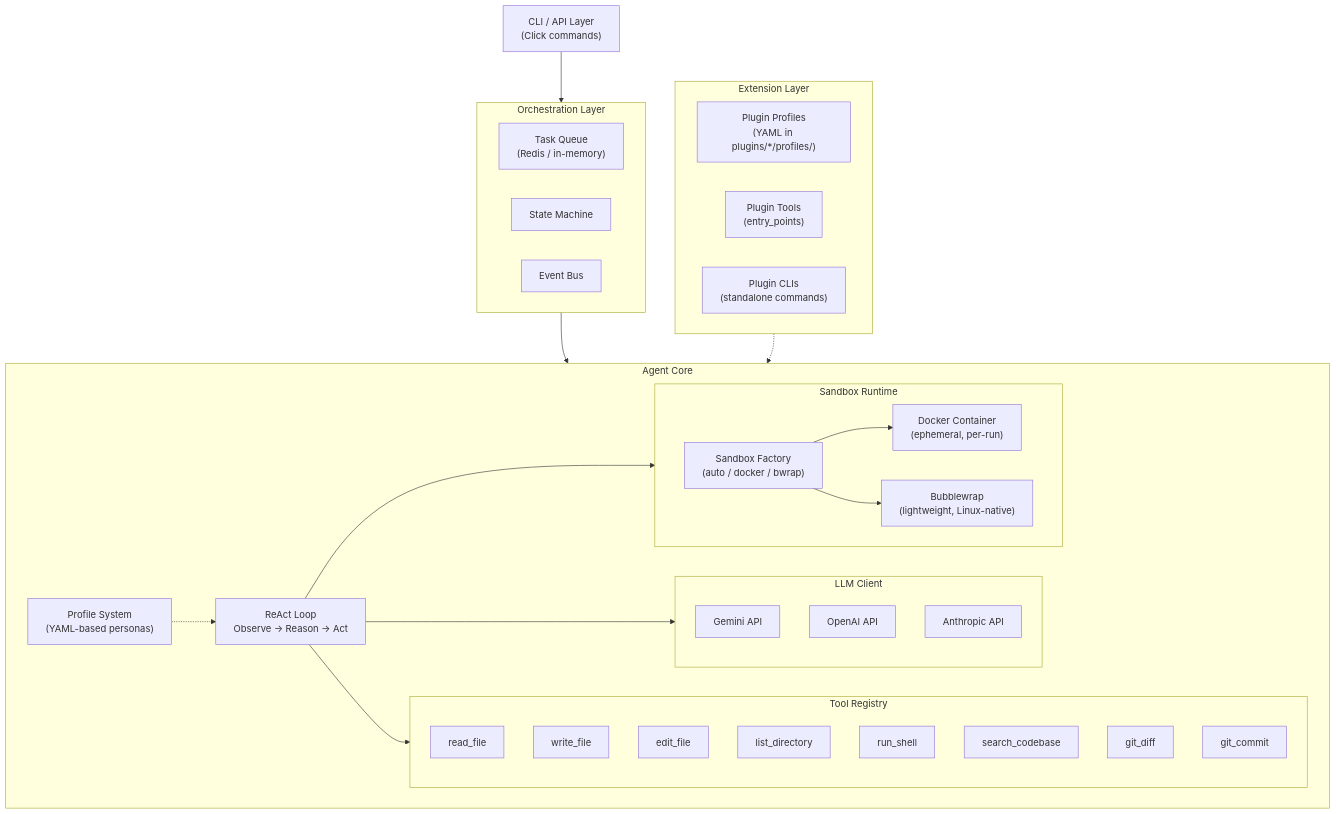
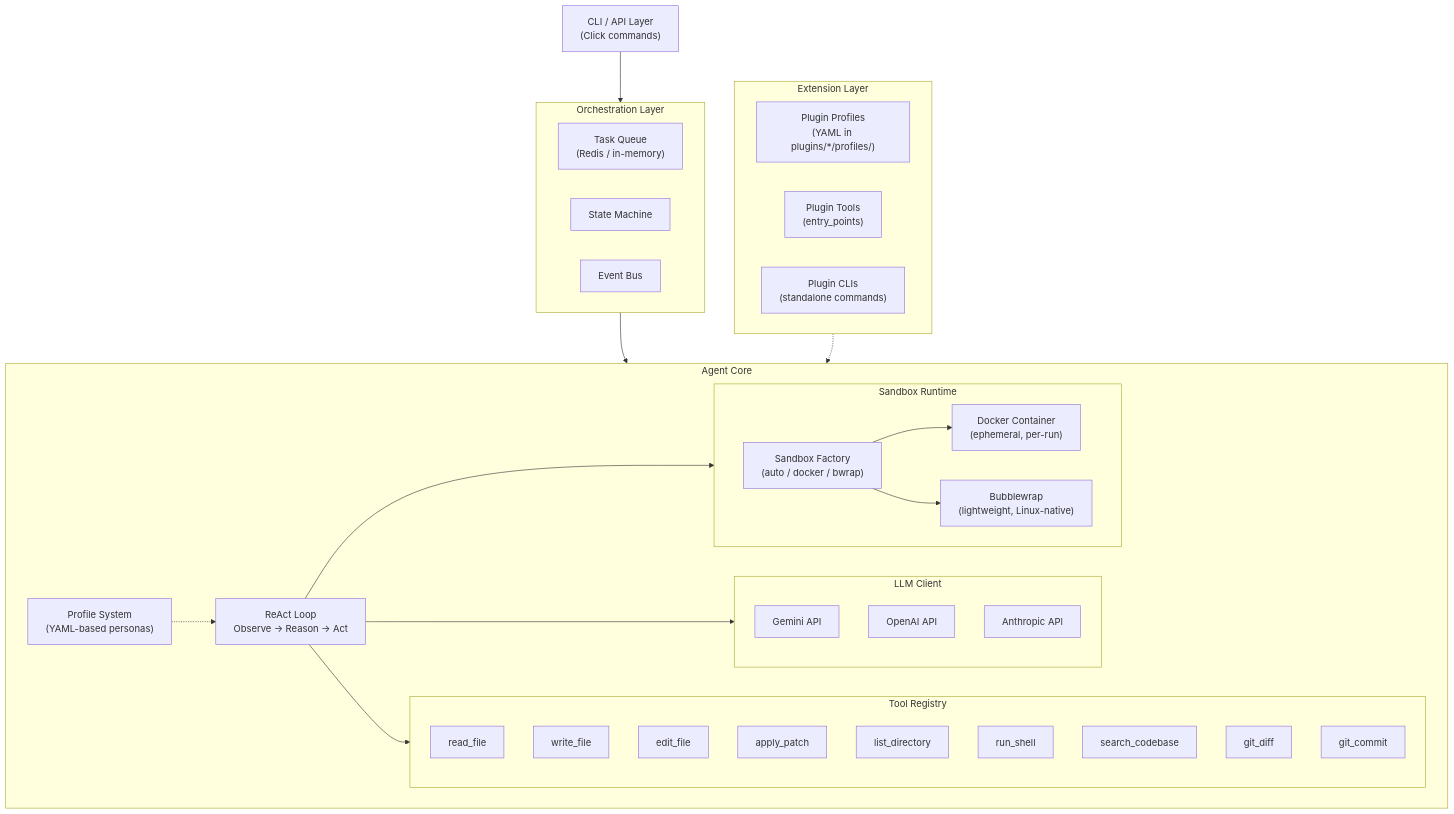
Before and after one commit to akoita/agent-forge: the second of 4 diagrams in docs/architecture.md, drawn with Mermaid. The commit also changed other lines of this file and 12 other files, not shown here.

First line of the commit message:
feat(#136): add atomic apply_patch tool with preconditions and rollback (#169)

````diff
--- a/docs/architecture.md
+++ b/docs/architecture.md
@@ -20,55 +20,56 @@
 ```mermaid
 graph TD
     CLI["CLI / API Layer<br/>(Click commands)"]
     CLI --> Orch
 
     subgraph Orch["Orchestration Layer"]
         Queue["Task Queue<br/>(Redis / in-memory)"]
         SM["State Machine"]
         EB["Event Bus"]
     end
 
     Orch --> Core
 
     subgraph Core["Agent Core"]
         Loop["ReAct Loop<br/>Observe → Reason → Act"]
         Loop --> LLM
         Loop --> Tools
         Loop --> Sandbox
         Profiles["Profile System<br/>(YAML-based personas)"]
         Profiles -.-> Loop
     end
 
     subgraph LLM["LLM Client"]
         Gemini["Gemini API"]
         OpenAI["OpenAI API"]
         Anthropic["Anthropic API"]
     end
 
     subgraph Tools["Tool Registry"]
         read_file
         write_file
         edit_file
+        apply_patch
         list_directory
         run_shell
         search_codebase
         git_diff
         git_commit
     end
 
     subgraph Sandbox["Sandbox Runtime"]
         Factory["Sandbox Factory<br/>(auto / docker / bwrap)"]
         Docker["Docker Container<br/>(ephemeral, per-run)"]
         Bwrap["Bubblewrap<br/>(lightweight, Linux-native)"]
         Factory --> Docker
         Factory --> Bwrap
     end
 
     subgraph Plugins["Extension Layer"]
         PluginProfiles["Plugin Profiles<br/>(YAML in plugins/*/profiles/)"]
         PluginTools["Plugin Tools<br/>(entry_points)"]
         PluginCLI["Plugin CLIs<br/>(standalone commands)"]
     end
 
     Plugins -.-> Core
 ```
````
